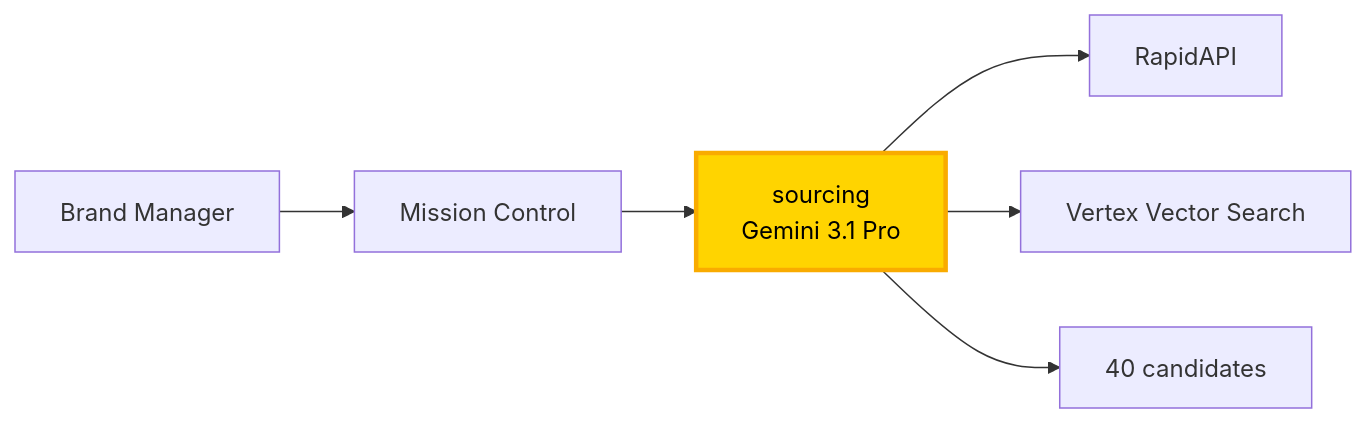
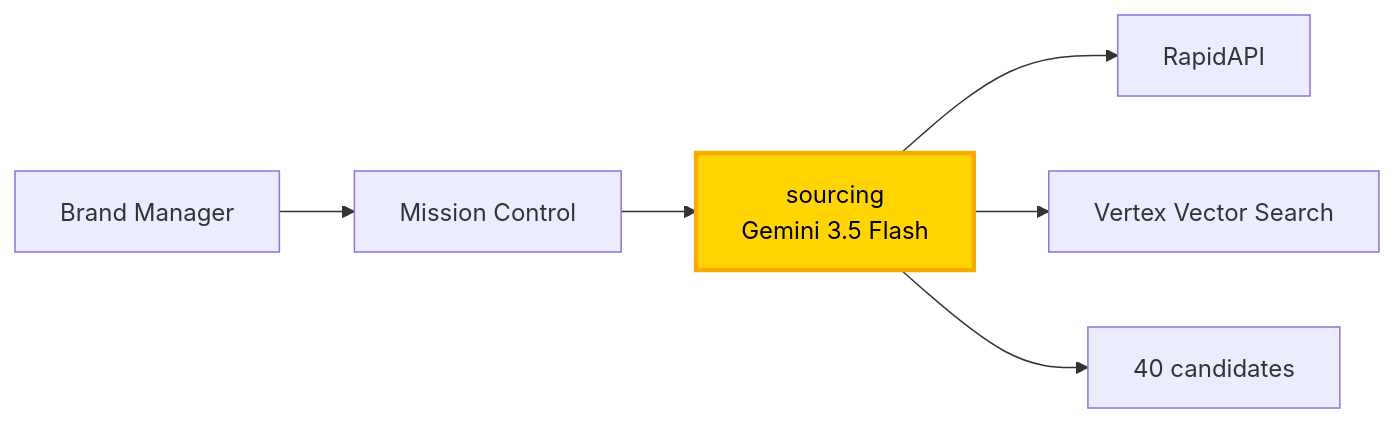
One commit to Two-Weeks-Team/social-seeding-v2-public changed the diagram in scripts/demo/assets/overlays/v2-beat-1.mmd. Above: the diagram before and after it, drawn with Mermaid. The commit also changed 64 other files, not shown here.

First line of the commit message:
refactor(models): judgment tier -> gemini-3.5-flash (GA, global endpoint); coordinator on 3.5 (D53)

```diff
--- a/scripts/demo/assets/overlays/v2-beat-1.mmd
+++ b/scripts/demo/assets/overlays/v2-beat-1.mmd
@@ -1,9 +1,9 @@
 %% Beat 1 — Brief intake + sourcing  (SCRIPT.md §3 Beat 1)
 flowchart LR
   user[Brand Manager] --> mc[Mission Control]
-  mc --> sourcing[sourcing<br/>Gemini 3.1 Pro]:::active
+  mc --> sourcing[sourcing<br/>Gemini 3.5 Flash]:::active
   sourcing --> rapid[RapidAPI]
   sourcing --> vvs[Vertex Vector Search]
   sourcing --> table[40 candidates]
 
   classDef active fill:#FFD400,stroke:#F9AB00,color:#000,stroke-width:3px;
```
